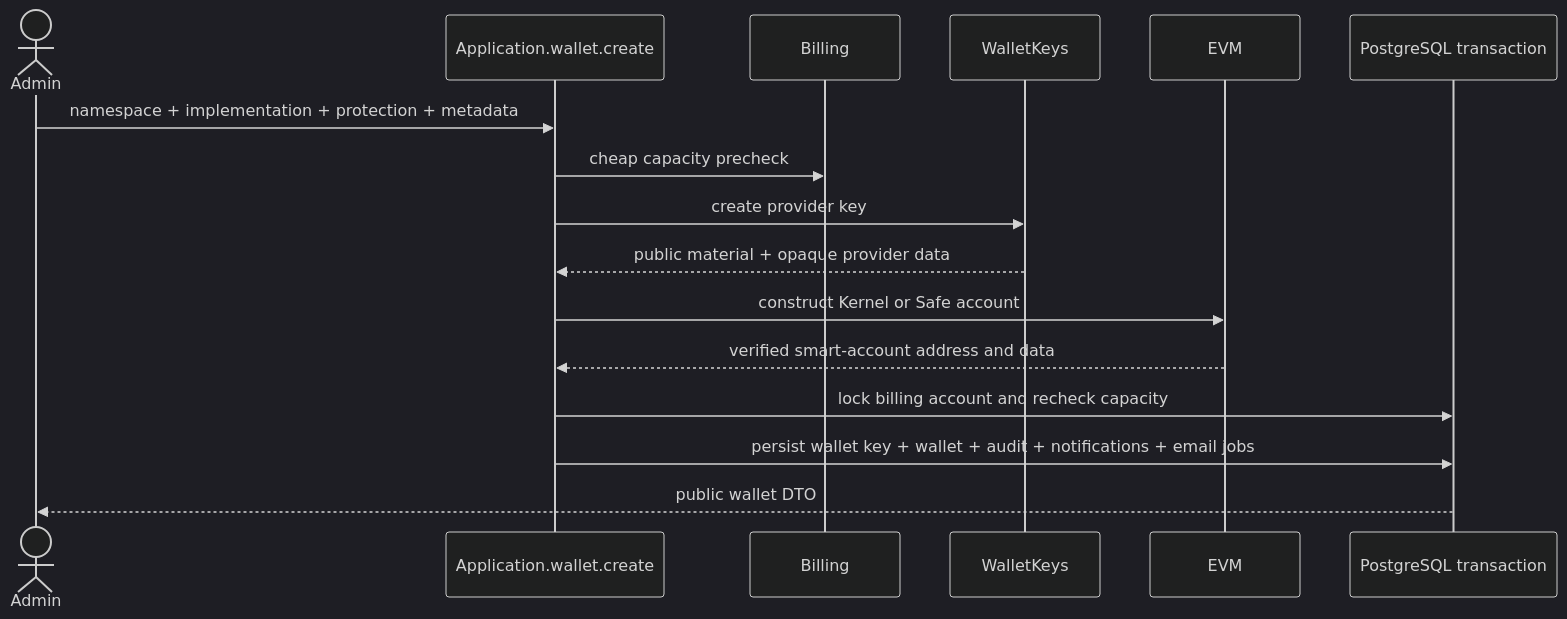
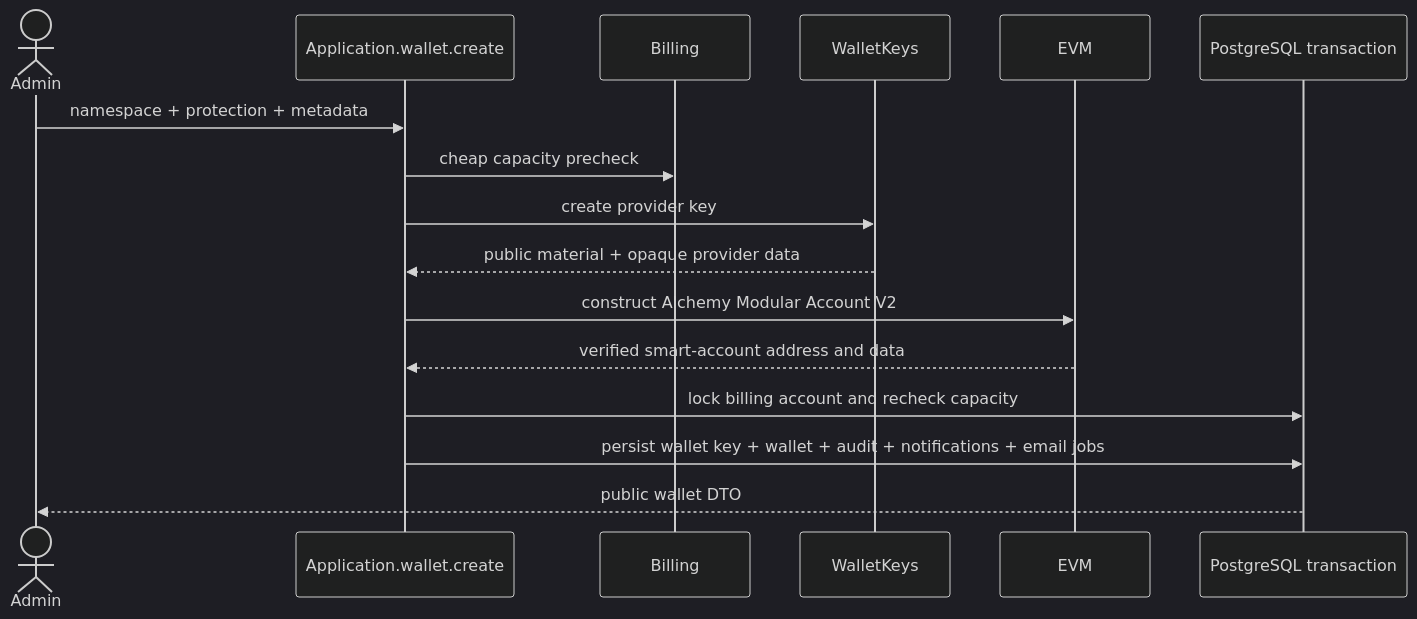
The diagram in architecture/wallets/accounts.md (thenamespace/namera), drawn with Mermaid (dark theme) before and after one commit. The commit also changed other lines of this file and 79 other files, not shown here.

Commit message:
feat(evm): standardize on Alchemy modular accounts

````diff
--- a/architecture/wallets/accounts.md
+++ b/architecture/wallets/accounts.md
@@ -18,19 +18,19 @@
 ```mermaid
 sequenceDiagram
   actor Admin
   participant App as Application.wallet.create
   participant Billing
   participant Keys as WalletKeys
   participant EVM
   participant Tx as PostgreSQL transaction
 
-  Admin->>App: namespace + implementation + protection + metadata
+  Admin->>App: namespace + protection + metadata
   App->>Billing: cheap capacity precheck
   App->>Keys: create provider key
   Keys-->>App: public material + opaque provider data
-  App->>EVM: construct Kernel or Safe account
+  App->>EVM: construct Alchemy Modular Account V2
   EVM-->>App: verified smart-account address and data
   App->>Tx: lock billing account and recheck capacity
   App->>Tx: persist wallet key + wallet + audit + notifications + email jobs
   Tx-->>Admin: public wallet DTO
 ```
````
